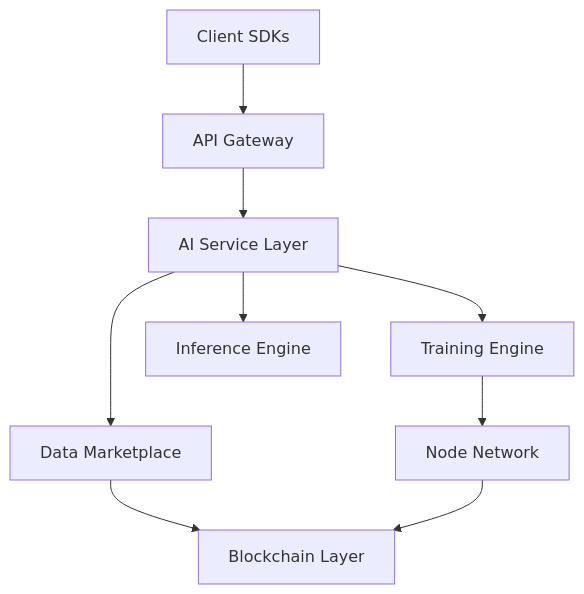
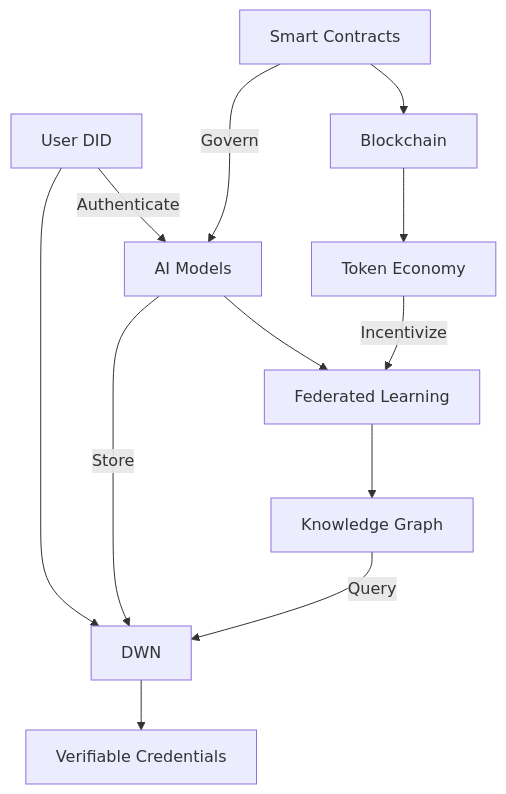
One commit to REChain-Network-Solutions/AIPlatform changed the diagram in README.md. Above: the diagram before and after it, drawn with Mermaid. The commit also changed other lines of this file and 17 other files, not shown here.

````diff
--- a/README.md
+++ b/README.md
@@ -26,11 +103,21 @@
 ```mermaid
 graph TD
-    A[Client SDKs] --> B[API Gateway]
-    B --> C[AI Service Layer]
-    C --> D[Training Engine]
-    C --> E[Inference Engine]
-    C --> F[Data Marketplace]
-    D --> G[Node Network]
-    F --> H[Blockchain Layer]
-    G --> H
+    %% Web5 Layer
+    A[User DID] --> B[DWN]
+    B --> C[Verifiable Credentials]
+    
+    %% Web4 Layer
+    D[AI Models] --> E[Federated Learning]
+    E --> F[Knowledge Graph]
+    
+    %% Web3 Layer
+    G[Smart Contracts] --> H[Blockchain]
+    H --> I[Token Economy]
+    
+    %% Connections
+    A -->|Authenticate| D
+    D -->|Store| B
+    G -->|Govern| D
+    F -->|Query| B
+    I -->|Incentivize| E
 ```
````
